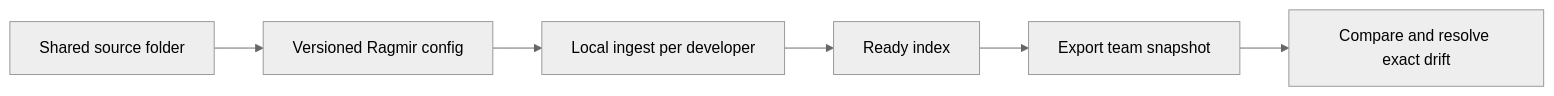
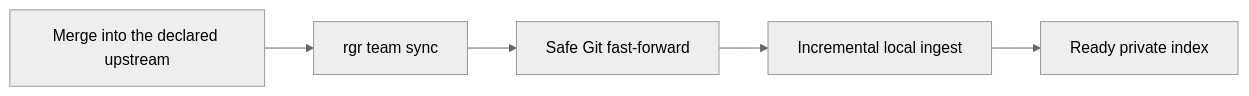
The second of 2 diagrams in README.md (jcode-works/jcode-ragmir), drawn with Mermaid (neutral theme) before and after one commit. The commit also changed other lines of this file and 29 other files, not shown here.

````diff
--- a/README.md
+++ b/README.md
@@ -159,8 +159,7 @@
 ```mermaid
 flowchart LR
-    A["Shared source folder"] --> B["Versioned Ragmir config"]
-    B --> C["Local ingest per developer"]
-    C --> D["Ready index"]
-    D --> E["Export team snapshot"]
-    E --> F["Compare and resolve exact drift"]
+    A["Merge into the declared upstream"] --> B["rgr team sync"]
+    B --> C["Safe Git fast-forward"]
+    C --> D["Incremental local ingest"]
+    D --> E["Ready private index"]
 ```
````
